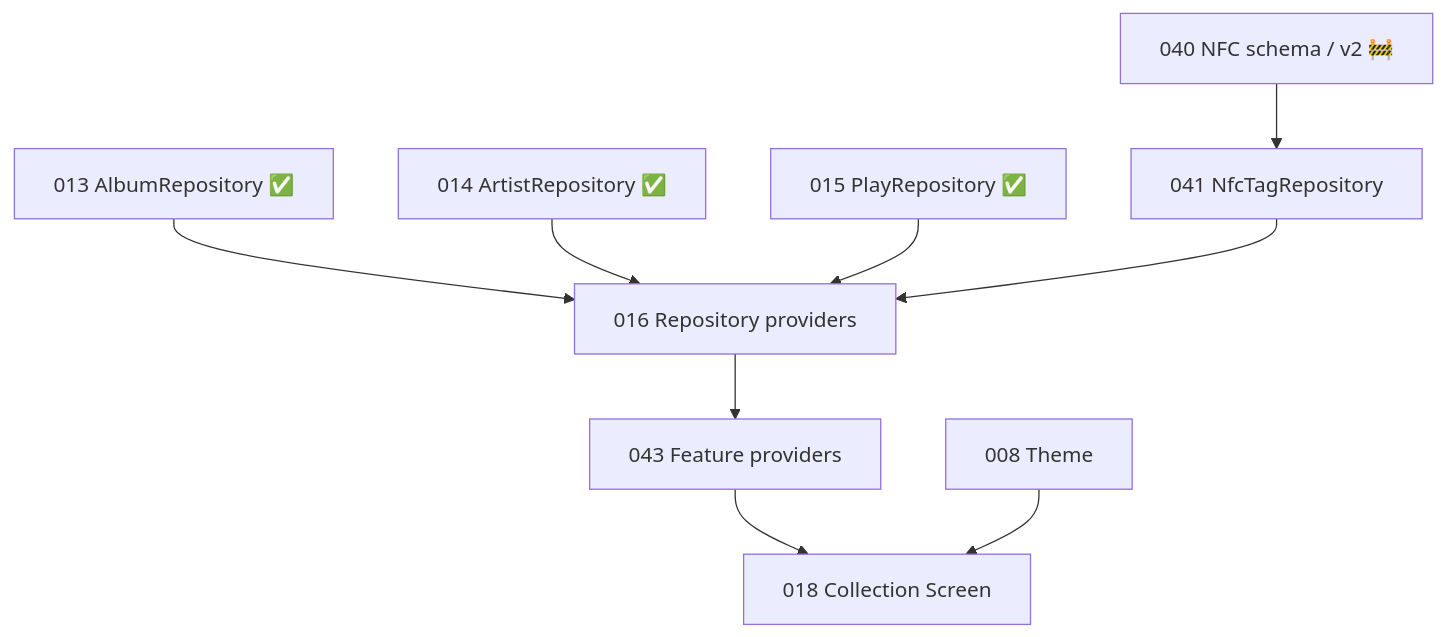
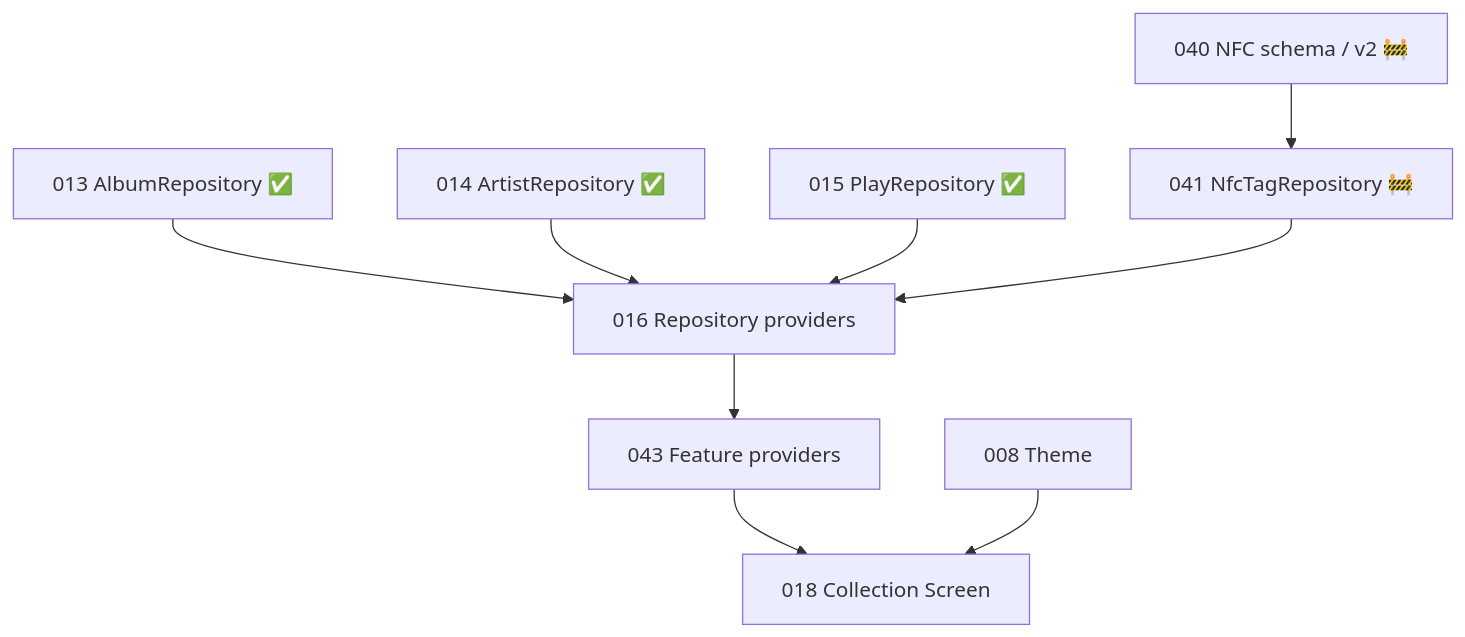
The diagram in docs/implementation-status.md (hunter-goller/Groovefolio), drawn with Mermaid before and after one commit. The commit also changed other lines of this file and 10 other files, not shown here.

Commit message:
VinylApp-041 add NfcTagRepository CRUD, lookups, provider, and tests (#25)

````diff
--- a/docs/implementation-status.md
+++ b/docs/implementation-status.md
@@ -119,21 +122,21 @@
 ```mermaid
 flowchart TD
     P13[013 AlbumRepository ✅]
     P14[014 ArtistRepository ✅]
     P15[015 PlayRepository ✅]
     P40[040 NFC schema / v2 🚧]
-    P41[041 NfcTagRepository]
+    P41[041 NfcTagRepository 🚧]
     P16[016 Repository providers]
     P43[043 Feature providers]
     P08[008 Theme]
     P18[018 Collection Screen]
 
     P13 --> P16
     P14 --> P16
     P15 --> P16
     P40 --> P41
     P41 --> P16
     P16 --> P43
     P43 --> P18
     P08 --> P18
 ```
````
